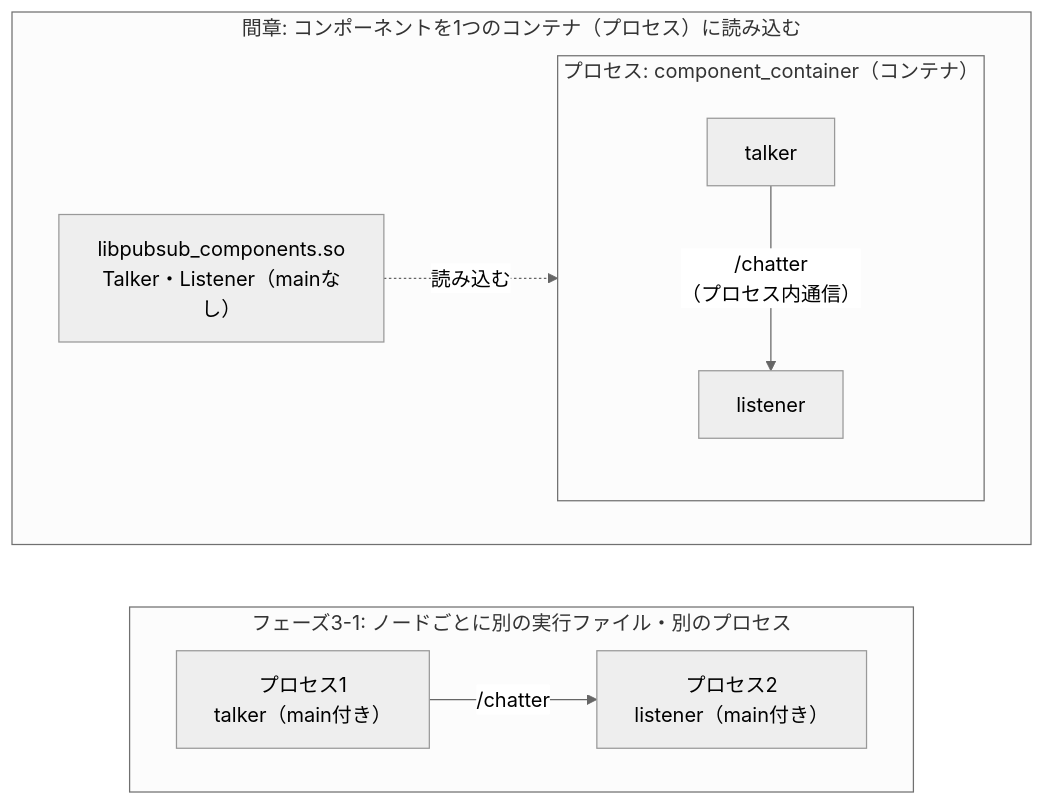
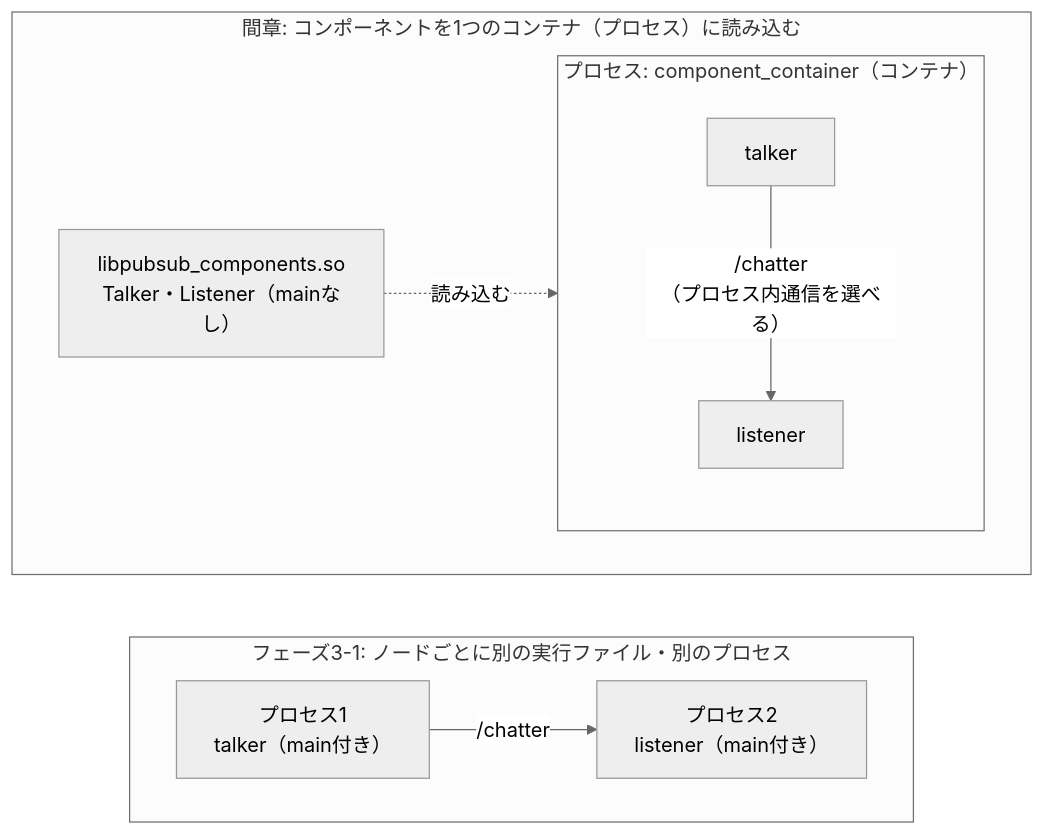
The diagram in docs/interlude_components.md (SanghunIm1991/ros2MinimalPhysicalAi), drawn with Mermaid (neutral theme) before and after one commit. The commit also changed other lines of this file and 10 other files, not shown here.

Commit message:
[claude] 間章の図のプロセス内通信の表現を条件付きに直し、出力例の時刻を2026年に揃える。シェル履歴を読んだ件を事後にQA表へ記録

````diff
--- a/docs/interlude_components.md
+++ b/docs/interlude_components.md
@@ -36,14 +36,14 @@
 ```mermaid
 flowchart LR
     subgraph A["フェーズ3-1: ノードごとに別の実行ファイル・別のプロセス"]
         direction LR
         P1["プロセス1<br/>talker（main付き）"] -- "/chatter" --> P2["プロセス2<br/>listener（main付き）"]
     end
     subgraph B["間章: コンポーネントを1つのコンテナ（プロセス）に読み込む"]
         direction LR
         L["libpubsub_components.so<br/>Talker・Listener（mainなし）"] -. "読み込む" .-> C
         subgraph C["プロセス: component_container（コンテナ）"]
-            T["talker"] -- "/chatter<br/>（プロセス内通信）" --> R["listener"]
+            T["talker"] -- "/chatter<br/>（プロセス内通信を選べる）" --> R["listener"]
         end
     end
 ```
````
